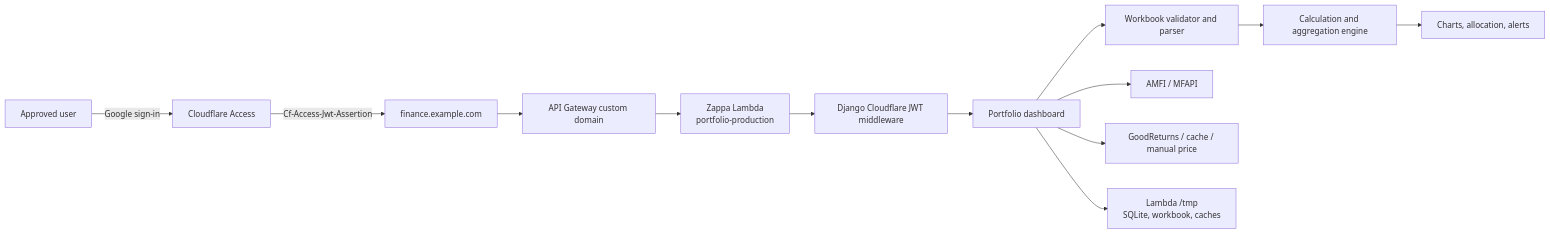
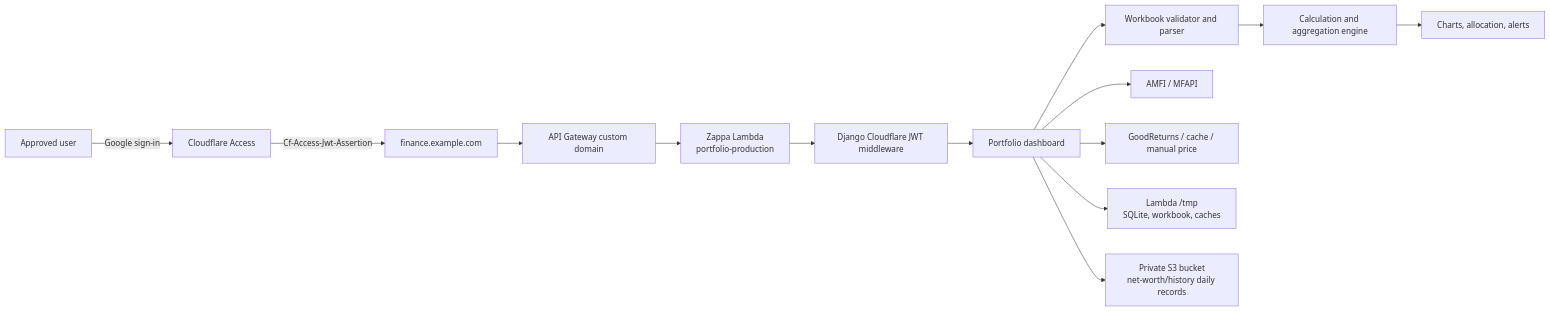
The first of 3 diagrams in README.md (praveenkumarv-github/portfolio), drawn with Mermaid before and after one commit. The commit also changed other lines of this file and 43 other files, not shown here.

First line of the commit message:
feat: Implement net worth history management with S3 integration

````diff
--- a/README.md
+++ b/README.md
@@ -30,17 +33,18 @@
 ```mermaid
 flowchart LR
     U[Approved user] -->|Google sign-in| CF[Cloudflare Access]
     CF -->|Cf-Access-Jwt-Assertion| DNS[finance.example.com]
     DNS --> APIGW[API Gateway custom domain]
     APIGW --> L[Zappa Lambda<br/>portfolio-production]
     L --> MW[Django Cloudflare JWT middleware]
     MW --> APP[Portfolio dashboard]
 
     APP --> XLSX[Workbook validator and parser]
     XLSX --> CALC[Calculation and aggregation engine]
     CALC --> VIEW[Charts, allocation, alerts]
 
     APP --> NAV[AMFI / MFAPI]
     APP --> METAL[GoodReturns / cache / manual price]
     APP --> TMP[Lambda /tmp<br/>SQLite, workbook, caches]
+    APP --> HISTORY[Private S3 bucket<br/>net-worth/history daily records]
 ```
````
